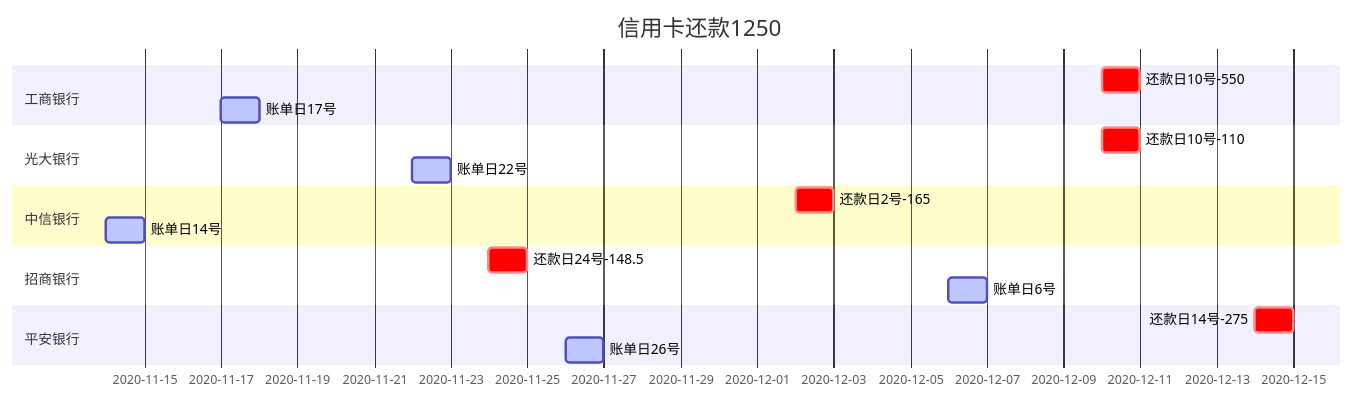
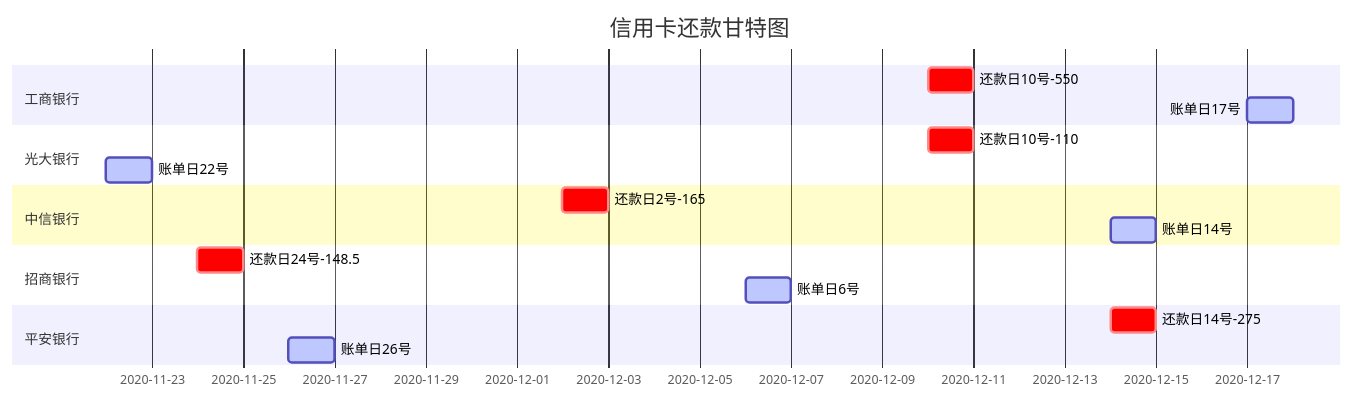
The diagram in 信用.md (zhensolid/vscode_study), drawn with Mermaid before and after one commit.

Commit message:
更新

````diff
--- a/信用.md
+++ b/信用.md
@@ -1,20 +1,20 @@
 ```mermaid
 gantt
 dateFormat YYYY-MM-DD
-title 信用卡还款1250
+title 信用卡还款甘特图
 section 工商银行
 还款日10号-550: crit, 2020-12-10 ,1d
-账单日17号: active, 2020-11-17 ,1d
+账单日17号: active, 2020-12-17 ,1d
 section 光大银行
 还款日10号-110: crit, 2020-12-10 ,1d
 账单日22号: active, 2020-11-22 ,1d
 section 中信银行
 还款日2号-165: crit, 2020-12-02 ,1d
-账单日14号: active, 2020-11-14 ,1d
+账单日14号: active, 2020-12-14 ,1d
 section 招商银行
 还款日24号-148.5: crit, 2020-11-24 ,1d
 账单日6号: active, 2020-12-06 ,1d
 section 平安银行
 还款日14号-275: crit, 2020-12-14 ,1d
 账单日26号: active, 2020-11-26 ,1d
 ```
````
